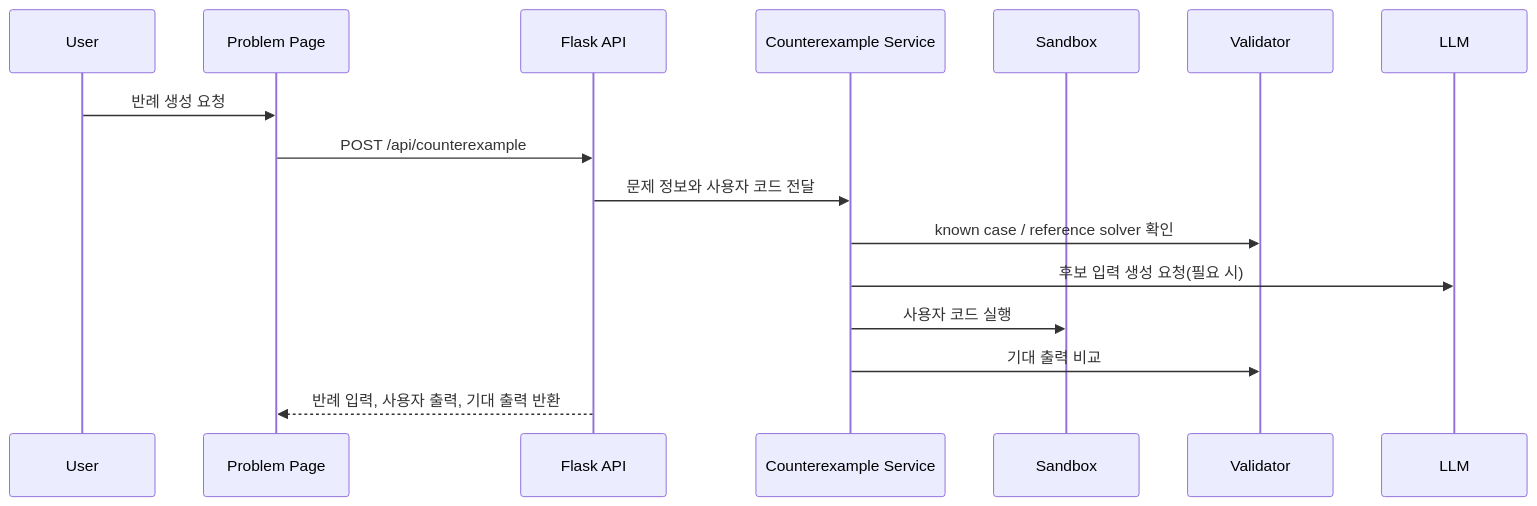
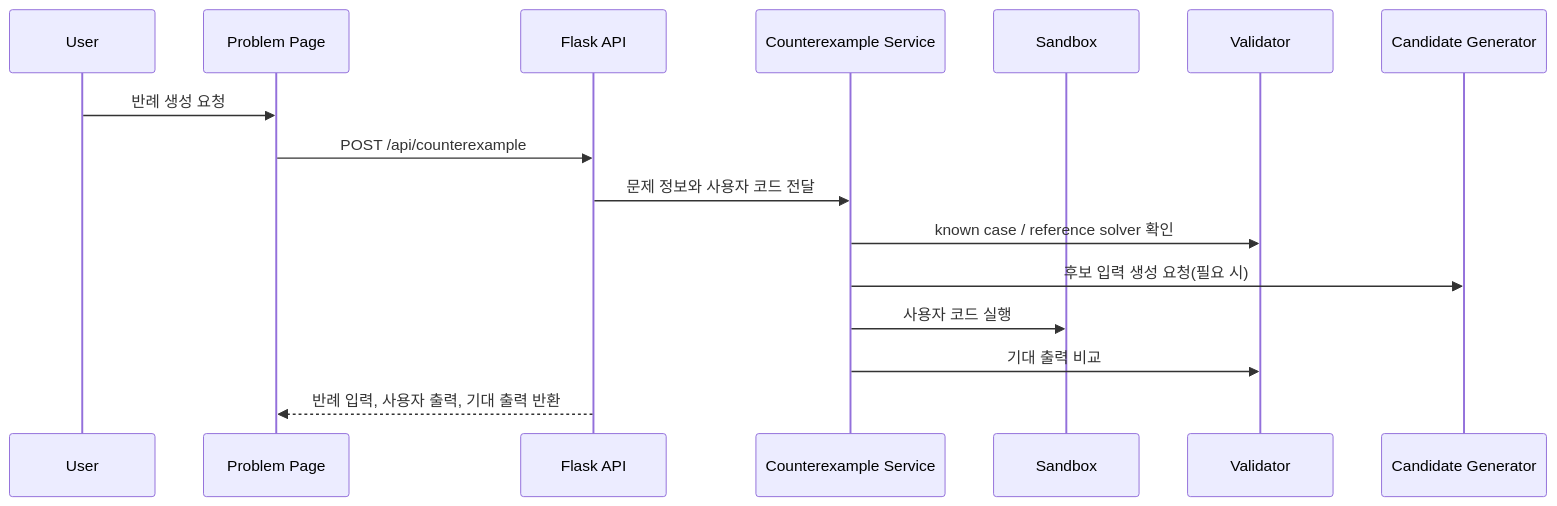
One commit to SISUinSea/Jungle-AlgoItni changed the third of 3 diagrams in docs/02-architecture.md. Above: the diagram before and after it, drawn with Mermaid. The commit also changed other lines of this file and 6 other files, not shown here.

````diff
--- a/docs/02-architecture.md
+++ b/docs/02-architecture.md
@@ -154,19 +152,19 @@
 ```mermaid
 sequenceDiagram
     participant U as User
     participant P as Problem Page
     participant F as Flask API
     participant C as Counterexample Service
     participant S as Sandbox
     participant V as Validator
-    participant L as LLM
+    participant L as Candidate Generator
 
     U->>P: 반례 생성 요청
     P->>F: POST /api/counterexample
     F->>C: 문제 정보와 사용자 코드 전달
     C->>V: known case / reference solver 확인
     C->>L: 후보 입력 생성 요청(필요 시)
     C->>S: 사용자 코드 실행
     C->>V: 기대 출력 비교
     F-->>P: 반례 입력, 사용자 출력, 기대 출력 반환
 ```
````
